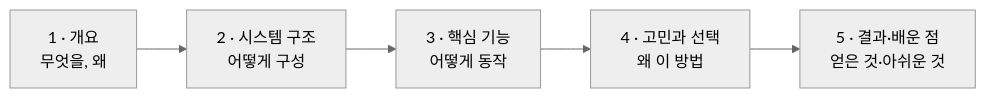
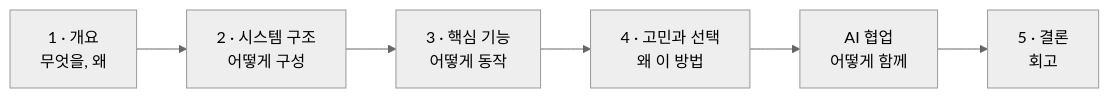
Before and after one commit to Gryphon34/portfolio-template: the diagram in format/02-tech-document.md, drawn with Mermaid (neutral theme). The commit also changed other lines of this file and 37 other files, not shown here.

````diff
--- a/format/02-tech-document.md
+++ b/format/02-tech-document.md
@@ -10,7 +30,8 @@
 ```mermaid
 flowchart LR
     S1["1 · 개요<br/>무엇을, 왜"] --> S2["2 · 시스템 구조<br/>어떻게 구성"]
     S2 --> S3["3 · 핵심 기능<br/>어떻게 동작"]
     S3 --> S4["4 · 고민과 선택<br/>왜 이 방법"]
-    S4 --> S5["5 · 결과·배운 점<br/>얻은 것·아쉬운 것"]
+    S4 --> SA["AI 협업<br/>어떻게 함께"]
+    SA --> S5["5 · 결론<br/>회고"]
 ```
````
